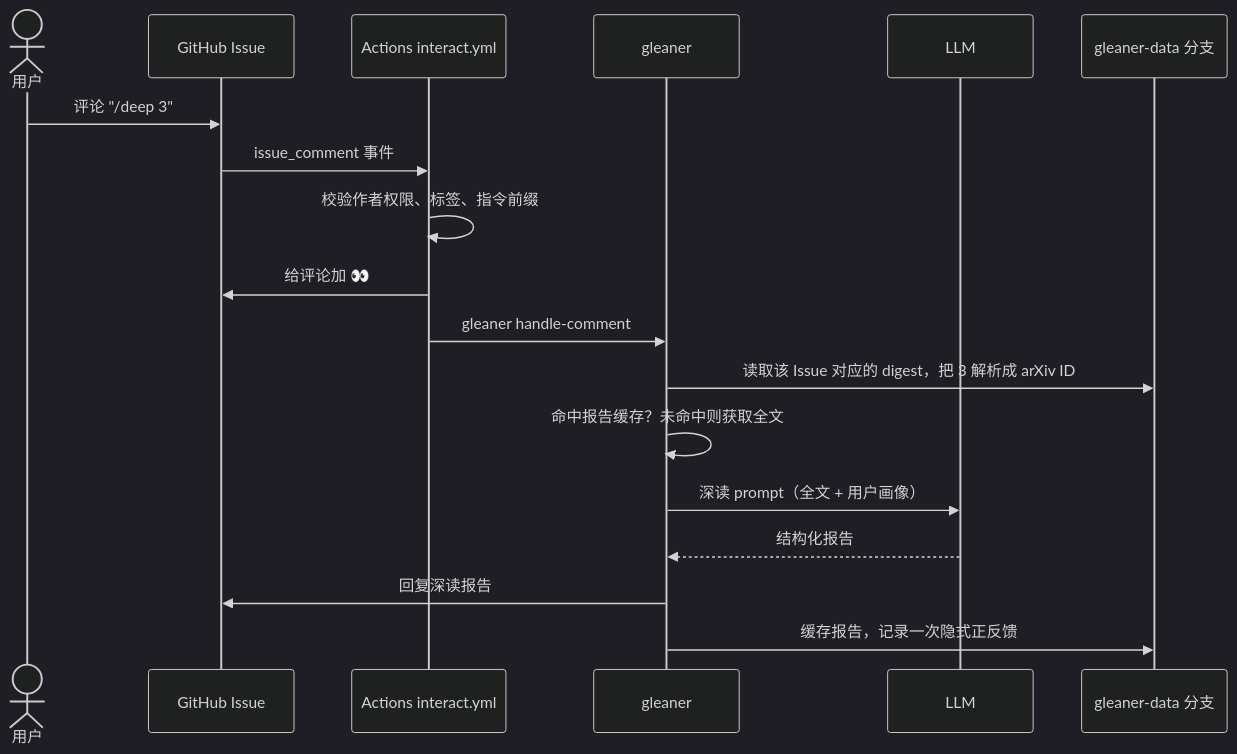
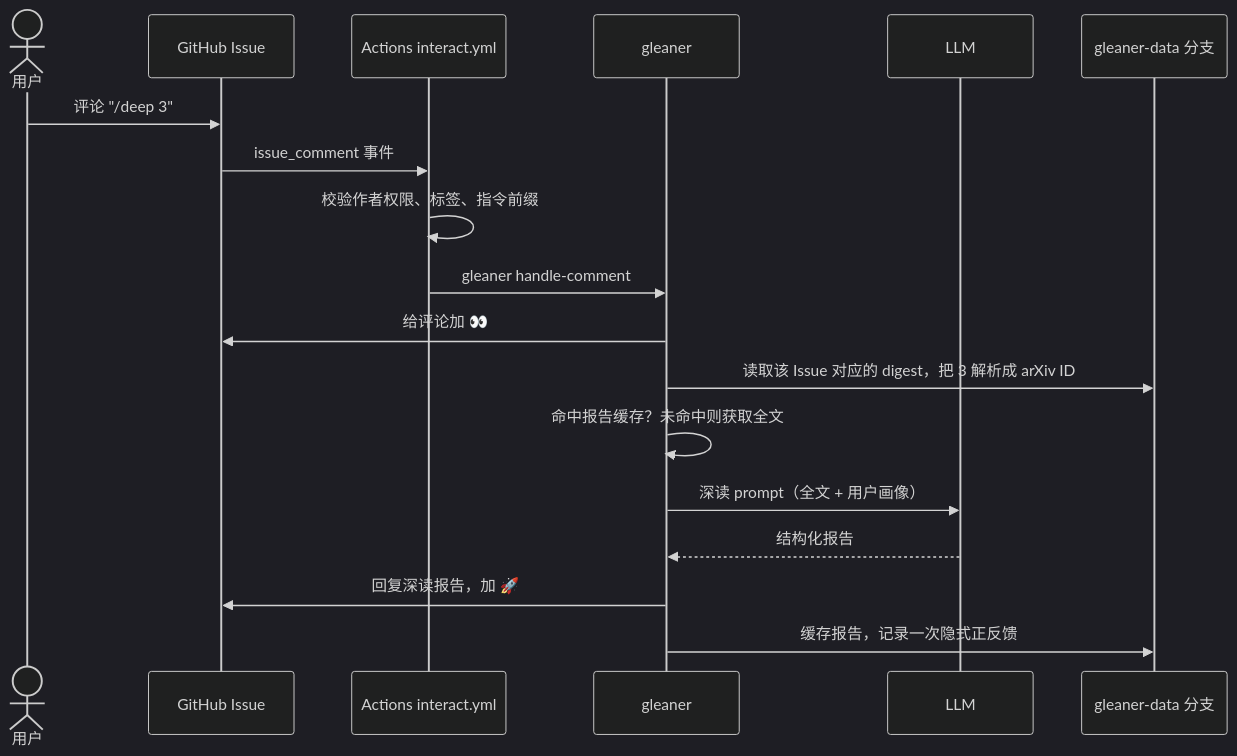
Before and after one commit to Chengnacheng/Paper-gleaner: the third of 3 diagrams in docs/architecture.md, drawn with Mermaid (dark theme). The commit also changed other lines of this file and 2 other files, not shown here.

````diff
--- a/docs/architecture.md
+++ b/docs/architecture.md
@@ -199,21 +199,21 @@
 ```mermaid
 sequenceDiagram
   actor U as 用户
   participant I as GitHub Issue
   participant A as Actions interact.yml
   participant G as gleaner
   participant L as LLM
   participant D as gleaner-data 分支
 
   U->>I: 评论 "/deep 3"
   I->>A: issue_comment 事件
   A->>A: 校验作者权限、标签、指令前缀
-  A->>I: 给评论加 👀
   A->>G: gleaner handle-comment
+  G->>I: 给评论加 👀
   G->>D: 读取该 Issue 对应的 digest，把 3 解析成 arXiv ID
   G->>G: 命中报告缓存？未命中则获取全文
   G->>L: 深读 prompt（全文 + 用户画像）
   L-->>G: 结构化报告
-  G->>I: 回复深读报告
+  G->>I: 回复深读报告，加 🚀
   G->>D: 缓存报告，记录一次隐式正反馈
 ```
````
